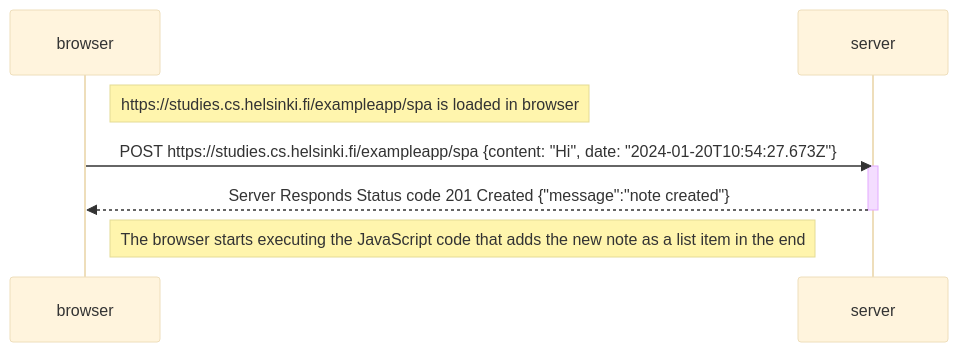
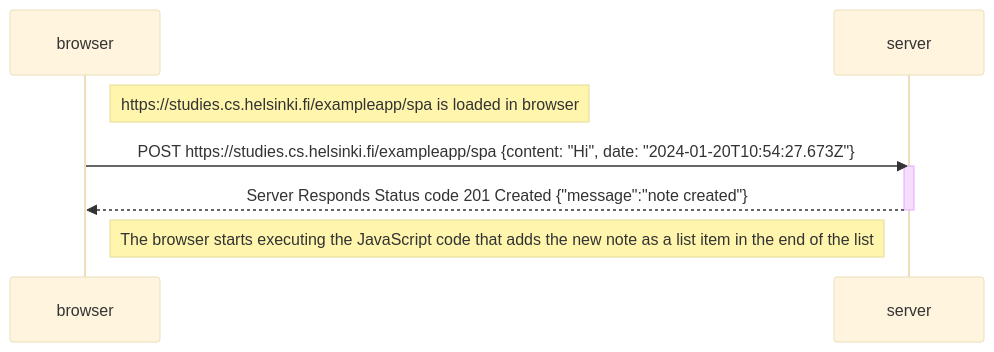
The diagram in part0/6_New_note_in_Single_page_app_diagram.md (iamlivinsunny/full-stack-open), drawn with Mermaid (base theme) before and after one commit.

Commit message:
Title: Updated note in excercise 6 Description: Updated note in excercise 6added for creating a new note Reviewer: Depedndency: None

````diff
--- a/part0/6_New_note_in_Single_page_app_diagram.md
+++ b/part0/6_New_note_in_Single_page_app_diagram.md
@@ -1,15 +1,15 @@
 ```mermaid
 sequenceDiagram
   participant browser
     participant server
 
     Note Right of browser: https://studies.cs.helsinki.fi/exampleapp/spa is loaded in browser
 
     browser->>server: POST https://studies.cs.helsinki.fi/exampleapp/spa {content: "Hi", date: "2024-01-20T10:54:27.673Z"}
     activate server
     server-->>browser: Server Responds Status code 201 Created {"message":"note created"}
     deactivate server
 
-    Note Right of browser: The browser starts executing the JavaScript code that adds the new note as a list item in the end
+    Note Right of browser: The browser starts executing the JavaScript code that adds the new note as a list item in the end of the list
 
 ```
````
